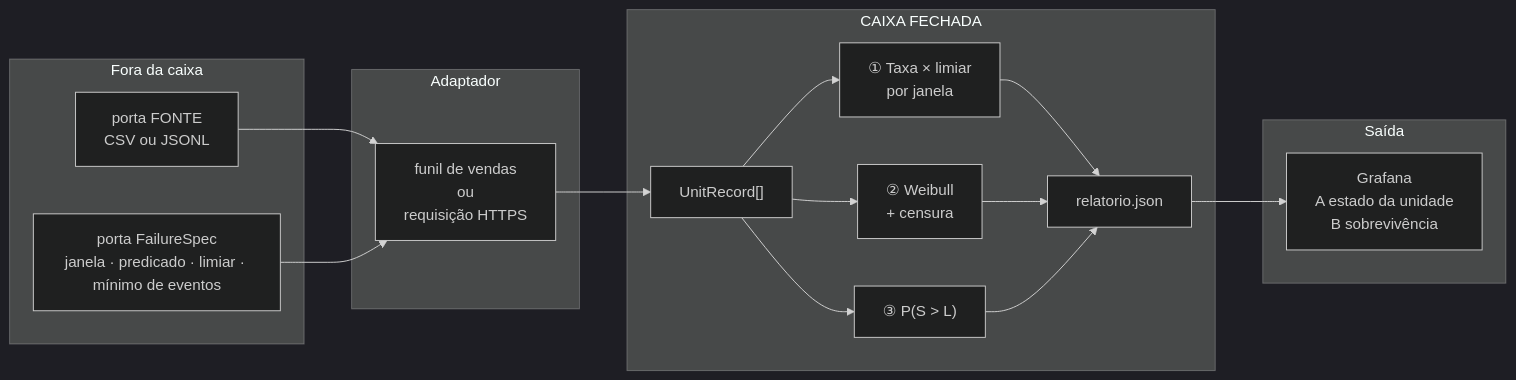
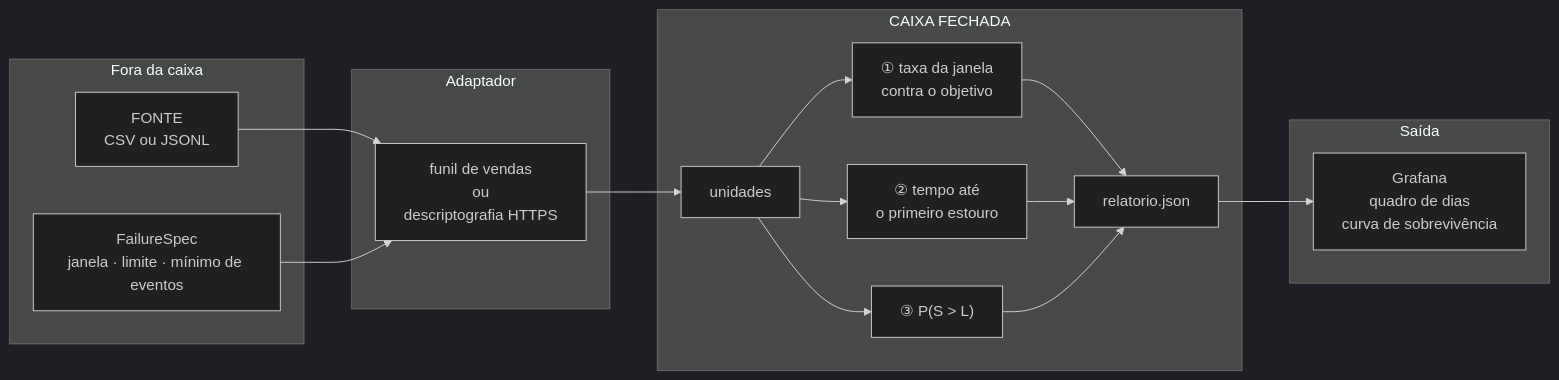
One commit to FelippeVelosoMarinho/eee017-confiabilidade-http changed the first of 3 diagrams in docs/caixa-fechada-tp.md. Above: the diagram before and after it, drawn with Mermaid (dark theme). The commit also changed other lines of this file and 4 other files, not shown here.

````diff
--- a/docs/caixa-fechada-tp.md
+++ b/docs/caixa-fechada-tp.md
@@ -30,31 +31,31 @@
 ```mermaid
 flowchart LR
   subgraph Fora["Fora da caixa"]
-    FS["porta FONTE<br/>CSV ou JSONL"]
-    SPEC["porta FailureSpec<br/>janela · predicado · limiar · mínimo de eventos"]
+    FS["FONTE<br/>CSV ou JSONL"]
+    SPEC["FailureSpec<br/>janela · limite · mínimo de eventos"]
   end
 
   subgraph Adapt["Adaptador"]
-    AD["funil de vendas<br/>ou<br/>requisição HTTPS"]
+    AD["funil de vendas<br/>ou<br/>descriptografia HTTPS"]
   end
 
   subgraph Caixa["CAIXA FECHADA"]
-    UR["UnitRecord[]"]
-    I1["① Taxa × limiar<br/>por janela"]
-    I2["② Weibull<br/>+ censura"]
+    UR["unidades"]
+    I1["① taxa da janela<br/>contra o objetivo"]
+    I2["② tempo até<br/>o primeiro estouro"]
     I3["③ P(S > L)"]
     ART["relatorio.json"]
     UR --> I1 --> ART
     UR --> I2 --> ART
     UR --> I3 --> ART
   end
 
   subgraph UI["Saída"]
-    GA["Grafana<br/>A estado da unidade<br/>B sobrevivência"]
+    GA["Grafana<br/>quadro de dias<br/>curva de sobrevivência"]
   end
 
   FS --> AD
   SPEC --> AD
   AD --> UR
   ART --> GA
 ```
````
